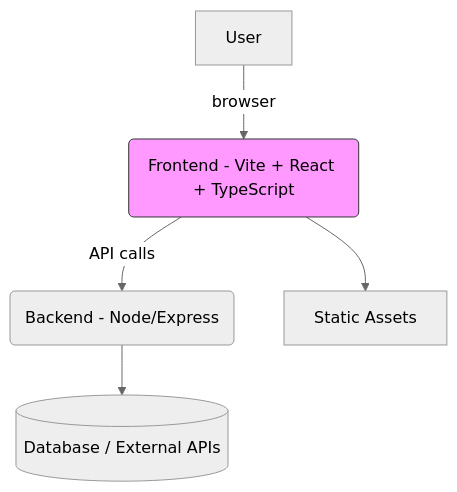
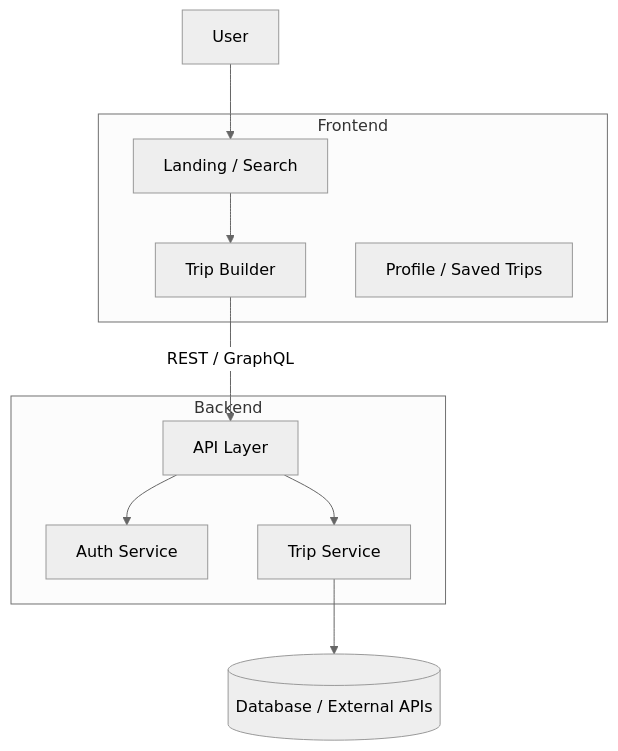
Before and after one commit to Yugenjr/OdooxKAHE: the first of 2 diagrams in README.md, drawn with Mermaid (neutral theme). The commit also changed other lines of this file and 4 other files, not shown here.

````diff
--- a/README.md
+++ b/README.md
@@ -12,8 +19,21 @@
 ```mermaid
 flowchart TD
-  A[User] -->|browser| B(Frontend - Vite + React + TypeScript)
-  B -->|API calls| C(Backend - Node/Express)
-  C --> D[(Database / External APIs)]
-  B --> E[Static Assets]
-  style B fill:#f9f,stroke:#333,stroke-width:1px
+  subgraph Frontend
+    F1[Landing / Search]
+    F2[Trip Builder]
+    F3[Profile / Saved Trips]
+  end
+
+  subgraph Backend
+    B1[API Layer]
+    B2[Auth Service]
+    B3[Trip Service]
+  end
+
+  User --> F1
+  F1 --> F2
+  F2 -->|REST / GraphQL| B1
+  B1 --> B2
+  B1 --> B3
+  B3 --> DB[(Database / External APIs)]
 ```
````
